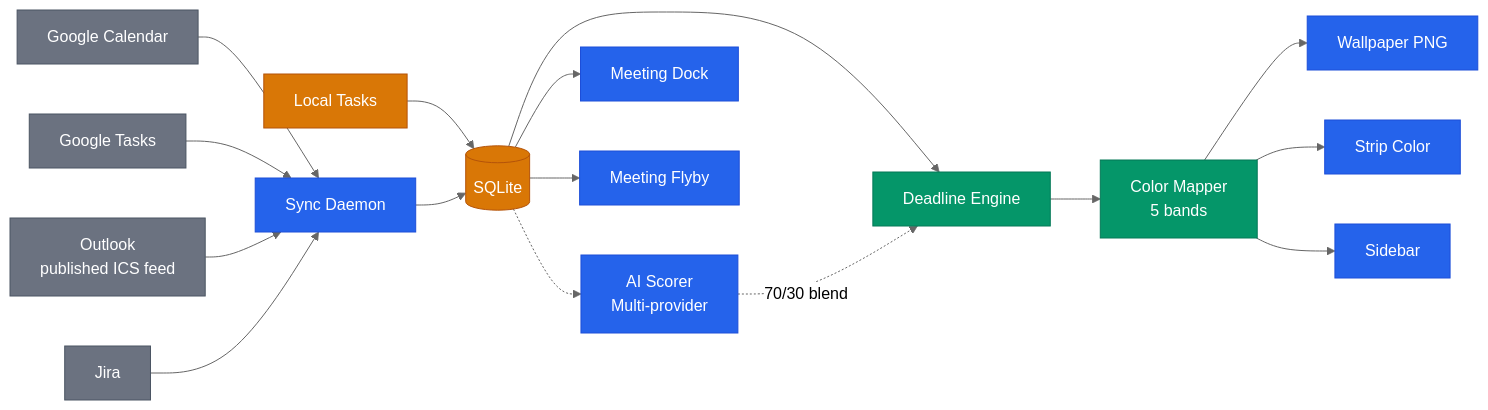
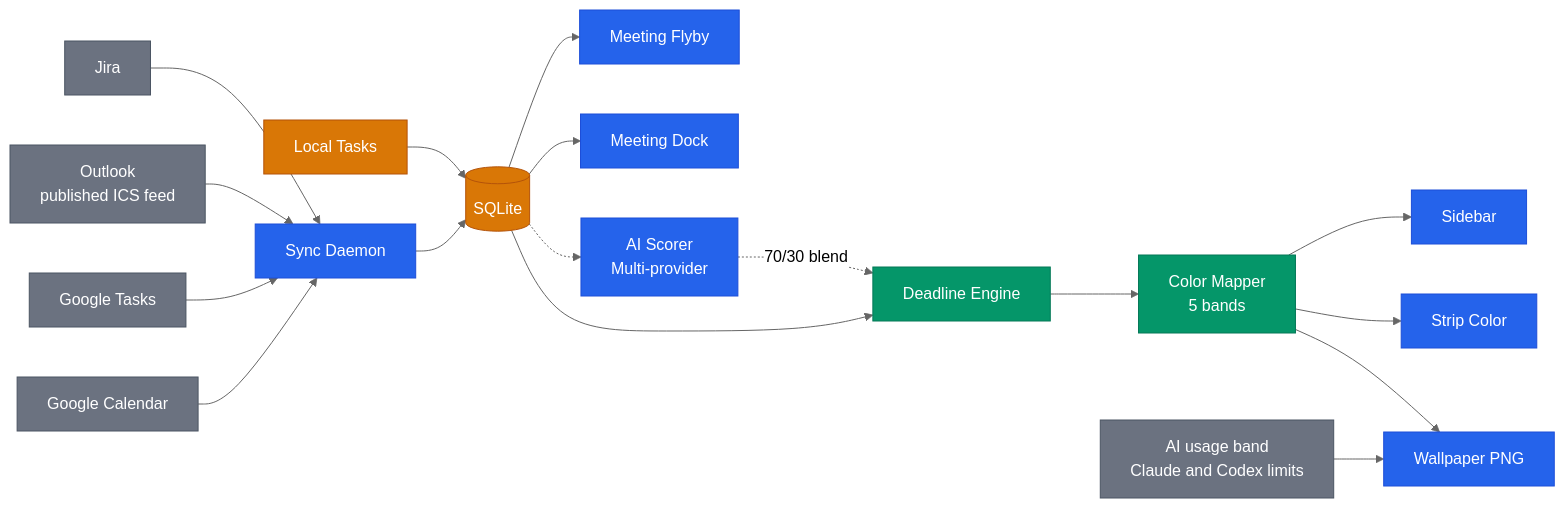
The diagram in README.md (AndreaBonn/deadline-aura), drawn with Mermaid before and after one commit. The commit also changed other lines of this file and 8 other files, not shown here.

First line of the commit message:
docs: align README, architecture and user guide with v1.8.0

````diff
--- a/README.md
+++ b/README.md
@@ -38,46 +38,48 @@
 ```mermaid
 %%{init: {'theme': 'neutral'}}%%
 graph LR
   gcal["Google Calendar"]
   gtasks["Google Tasks"]
   outlook["Outlook<br/>published ICS feed"]
   jira["Jira"]
   local["Local Tasks"]
   sync["Sync Daemon"]
   store[("SQLite")]
   ai["AI Scorer<br/>Multi-provider"]
   engine["Deadline Engine"]
   cmap["Color Mapper<br/>5 bands"]
   wallpaper["Wallpaper PNG"]
   strip["Strip Color"]
   sidebar["Sidebar"]
   dock["Meeting Dock"]
   flyby["Meeting Flyby"]
+  usage["AI usage band<br/>Claude and Codex limits"]
 
   gcal --> sync
   gtasks --> sync
   outlook --> sync
   jira --> sync
   local --> store
   sync --> store
   store --> engine
   ai -.->|"70/30 blend"| engine
   store -.-> ai
   store --> dock
   store --> flyby
   engine --> cmap
   cmap --> wallpaper
+  usage --> wallpaper
   cmap --> strip
   cmap --> sidebar
 
   classDef core fill:#2563eb,stroke:#1d4ed8,color:#fff
   classDef data fill:#d97706,stroke:#b45309,color:#fff
   classDef ext fill:#6b7280,stroke:#4b5563,color:#fff
   classDef engine fill:#059669,stroke:#047857,color:#fff
 
-  class gcal,gtasks,outlook,jira ext
+  class gcal,gtasks,outlook,jira,usage ext
   class local,store data
   class sync,ai core
   class engine,cmap engine
   class wallpaper,strip,sidebar,dock,flyby core
 ```
````
